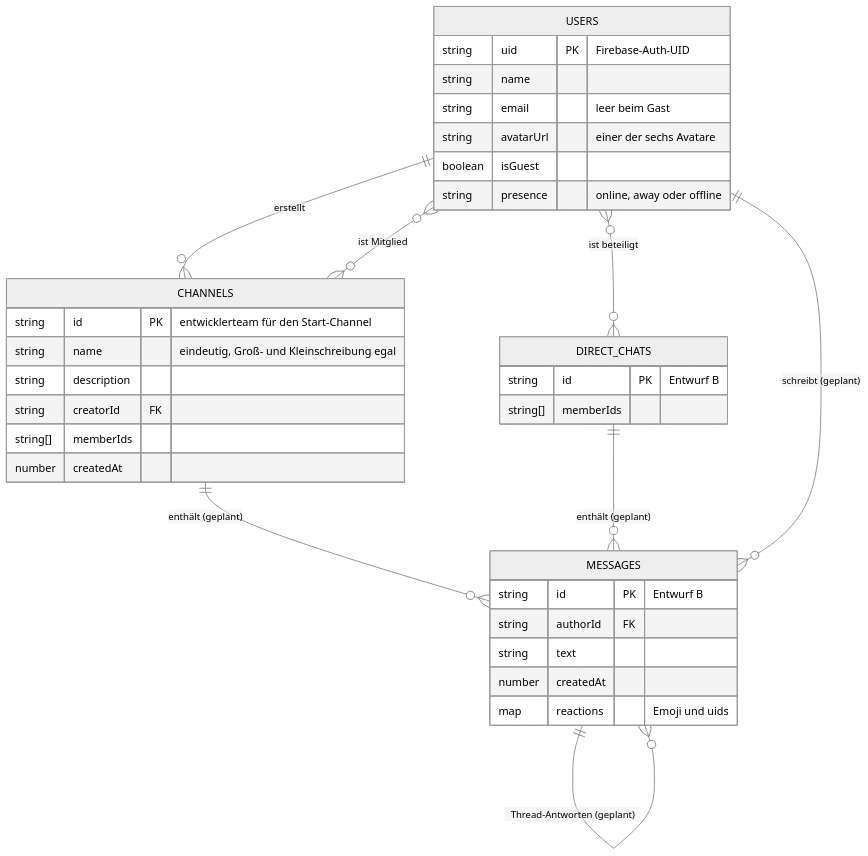
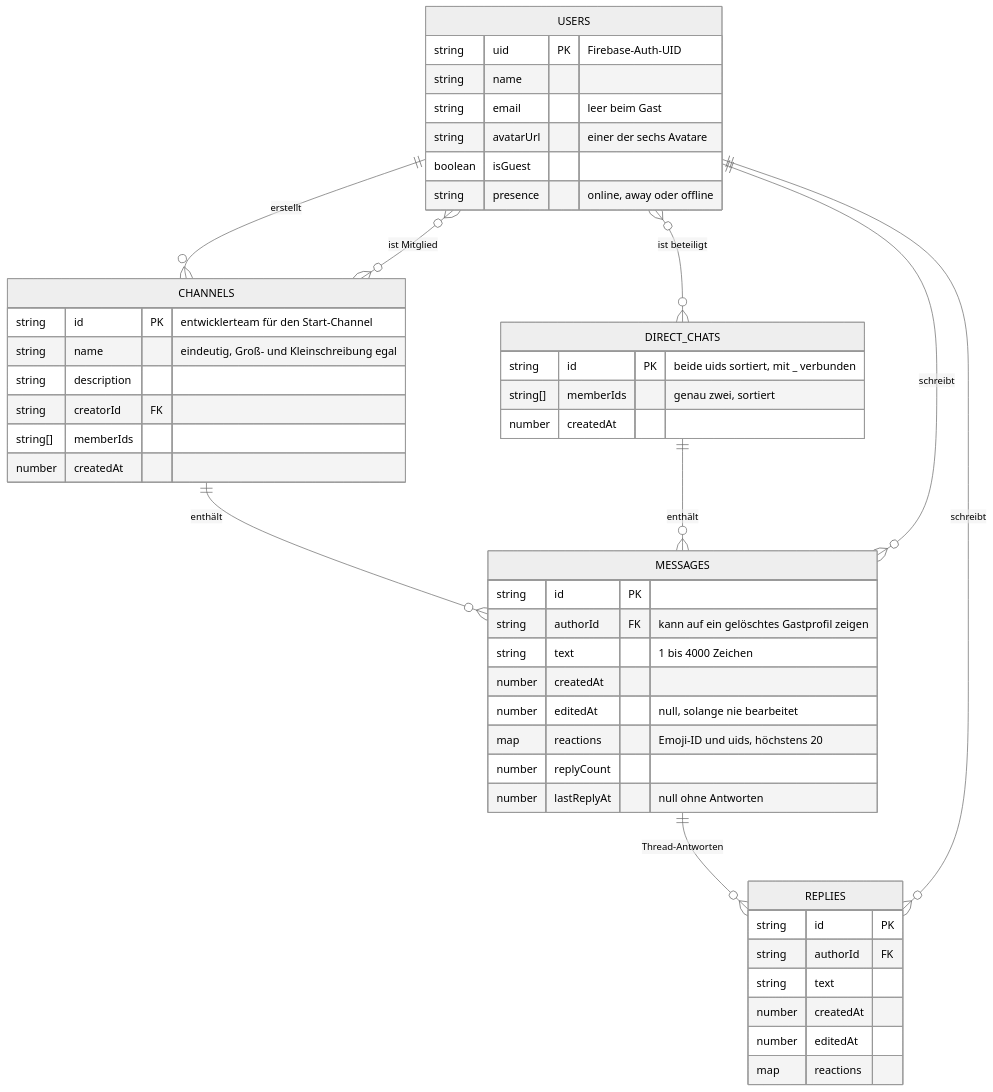
The fifth of 7 diagrams in README.md (ttoebbe/dabubble), drawn with Mermaid (neutral theme) before and after one commit. The commit also changed other lines of this file, not shown here.

````diff
--- a/README.md
+++ b/README.md
@@ -235,37 +244,50 @@
 ```mermaid
 erDiagram
   USERS {
     string uid PK "Firebase-Auth-UID"
     string name
     string email "leer beim Gast"
     string avatarUrl "einer der sechs Avatare"
     boolean isGuest
     string presence "online, away oder offline"
   }
   CHANNELS {
     string id PK "entwicklerteam für den Start-Channel"
     string name "eindeutig, Groß- und Kleinschreibung egal"
     string description
     string creatorId FK
     string[] memberIds
     number createdAt
   }
   DIRECT_CHATS {
-    string id PK "Entwurf B"
-    string[] memberIds
+    string id PK "beide uids sortiert, mit _ verbunden"
+    string[] memberIds "genau zwei, sortiert"
+    number createdAt
   }
   MESSAGES {
-    string id PK "Entwurf B"
+    string id PK
+    string authorId FK "kann auf ein gelöschtes Gastprofil zeigen"
+    string text "1 bis 4000 Zeichen"
+    number createdAt
+    number editedAt "null, solange nie bearbeitet"
+    map reactions "Emoji-ID und uids, höchstens 20"
+    number replyCount
+    number lastReplyAt "null ohne Antworten"
+  }
+  REPLIES {
+    string id PK
     string authorId FK
     string text
     number createdAt
-    map reactions "Emoji und uids"
+    number editedAt
+    map reactions
   }
   USERS ||--o{ CHANNELS : "erstellt"
   USERS }o--o{ CHANNELS : "ist Mitglied"
   USERS }o--o{ DIRECT_CHATS : "ist beteiligt"
-  CHANNELS ||--o{ MESSAGES : "enthält (geplant)"
-  DIRECT_CHATS ||--o{ MESSAGES : "enthält (geplant)"
-  MESSAGES ||--o{ MESSAGES : "Thread-Antworten (geplant)"
-  USERS ||--o{ MESSAGES : "schreibt (geplant)"
+  CHANNELS ||--o{ MESSAGES : "enthält"
+  DIRECT_CHATS ||--o{ MESSAGES : "enthält"
+  MESSAGES ||--o{ REPLIES : "Thread-Antworten"
+  USERS ||--o{ MESSAGES : "schreibt"
+  USERS ||--o{ REPLIES : "schreibt"
 ```
````
